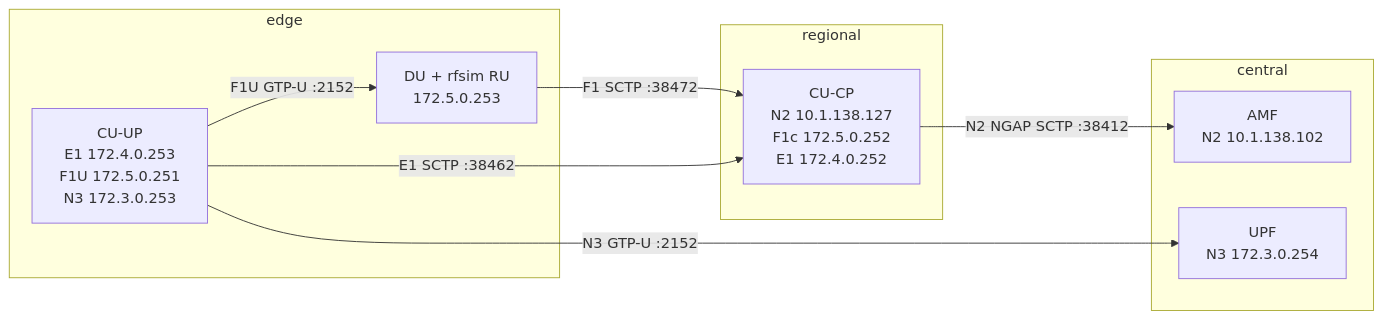
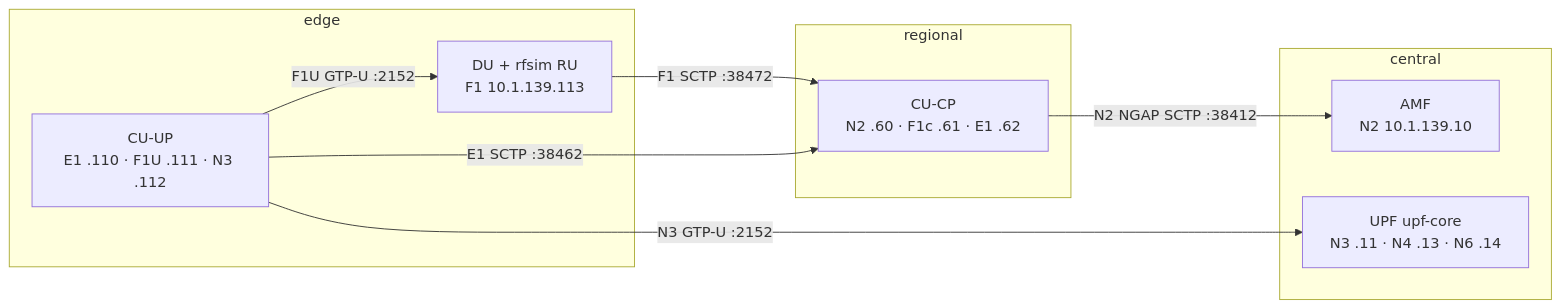
One commit to FCCLab/INA-Infra changed the second of 4 diagrams in docs/oai.md. Above: the diagram before and after it, drawn with Mermaid. The commit also changed other lines of this file and 37 other files, not shown here.

````diff
--- a/docs/oai.md
+++ b/docs/oai.md
@@ -64,22 +149,22 @@
 ```mermaid
 flowchart LR
   subgraph edge["edge"]
-    DU["DU + rfsim RU<br/>172.5.0.253"]
-    CUUP["CU-UP<br/>E1 172.4.0.253<br/>F1U 172.5.0.251<br/>N3 172.3.0.253"]
+    DU["DU + rfsim RU<br/>F1 10.1.139.113"]
+    CUUP["CU-UP<br/>E1 .110 · F1U .111 · N3 .112"]
   end
 
   subgraph regional["regional"]
-    CUCP["CU-CP<br/>N2 10.1.138.127<br/>F1c 172.5.0.252<br/>E1 172.4.0.252"]
+    CUCP["CU-CP<br/>N2 .60 · F1c .61 · E1 .62"]
   end
 
   subgraph central["central"]
-    AMF["AMF<br/>N2 10.1.138.102"]
-    UPF["UPF<br/>N3 172.3.0.254"]
+    AMF["AMF<br/>N2 10.1.139.10"]
+    UPF["UPF upf-core<br/>N3 .11 · N4 .13 · N6 .14"]
   end
 
   DU -->|"F1 SCTP :38472"| CUCP
   CUUP -->|"E1 SCTP :38462"| CUCP
   CUUP -->|"F1U GTP-U :2152"| DU
   CUCP -->|"N2 NGAP SCTP :38412"| AMF
   CUUP -->|"N3 GTP-U :2152"| UPF
 ```
````
